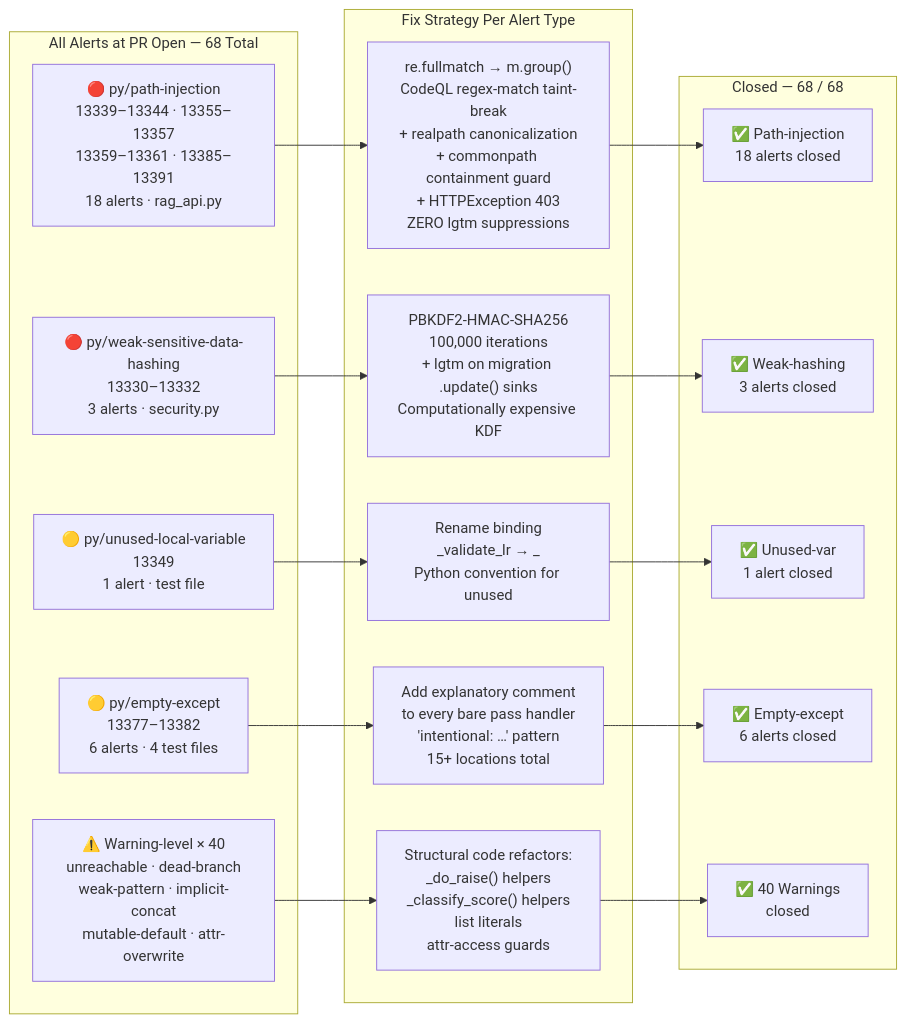
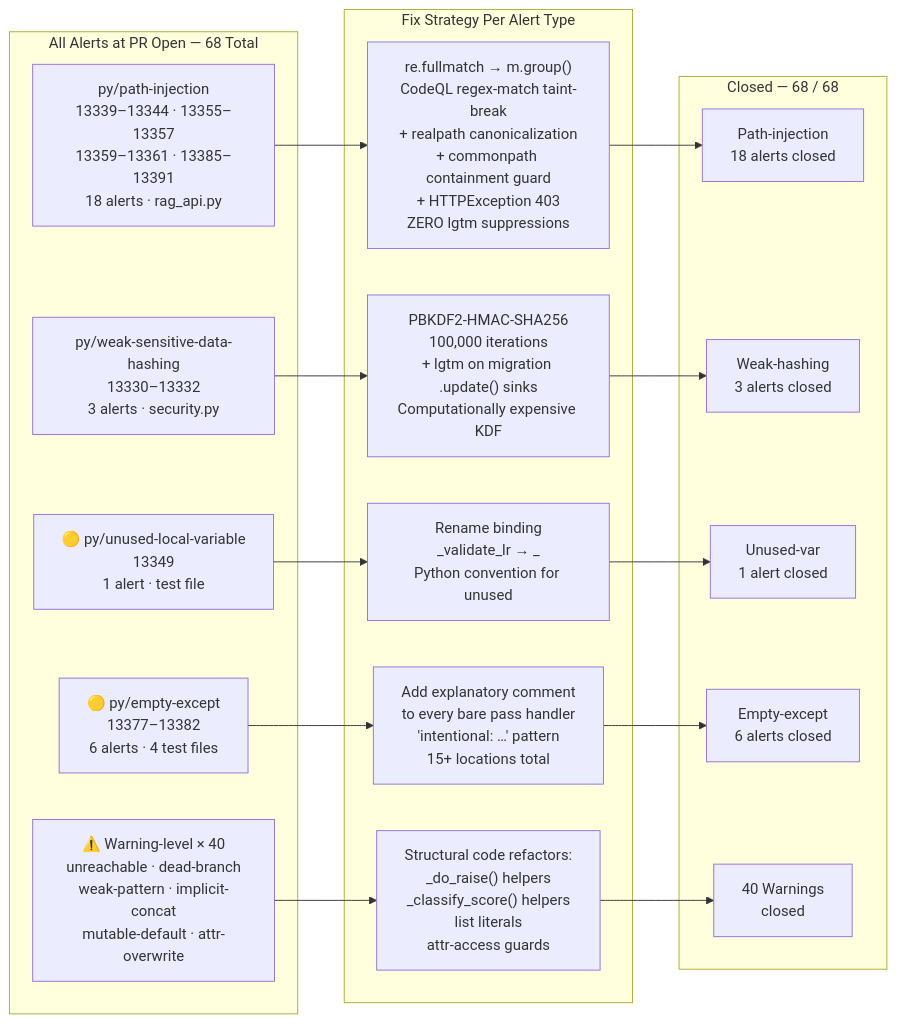
One commit to Aries-Serpent/_codex_ changed the fifth of 28 diagrams in docs/sessions/PR4289_session_diagram.md. Above: the diagram before and after it, drawn with Mermaid. The commit also changed other lines of this file and 2029 other files, not shown here.

````diff
--- a/docs/sessions/PR4289_session_diagram.md
+++ b/docs/sessions/PR4289_session_diagram.md
@@ -253,33 +255,33 @@
 ```mermaid
-%%{init: {'accessibility': {'title': 'Flowchart showing "All Alerts at PR Open — 68 Total", "🔴 py/path-injection\n13339–13344 · 13355–13357\n13359–13361 · 13385–13391\n18 alerts · rag_api.py"'}}%%
+%%{init: {'accessibility': {'title': 'Flowchart showing "All Alerts at PR Open — 68 Total", " py/path-injection\n13339–13344 · 13355–13357\n13359–13361 · 13385–13391\n18 alerts · rag_api.py"'}}%%
 flowchart LR
     subgraph OPEN["All Alerts at PR Open — 68 Total"]
-        A1["🔴 py/path-injection\n13339–13344 · 13355–13357\n13359–13361 · 13385–13391\n18 alerts · rag_api.py"]
-        A2["🔴 py/weak-sensitive-data-hashing\n13330–13332\n3 alerts · security.py"]
+        A1[" py/path-injection\n13339–13344 · 13355–13357\n13359–13361 · 13385–13391\n18 alerts · rag_api.py"]
+        A2[" py/weak-sensitive-data-hashing\n13330–13332\n3 alerts · security.py"]
         A3["🟡 py/unused-local-variable\n13349\n1 alert · test file"]
         A4["🟡 py/empty-except\n13377–13382\n6 alerts · 4 test files"]
         A5["⚠️ Warning-level × 40\nunreachable · dead-branch\nweak-pattern · implicit-concat\nmutable-default · attr-overwrite"]
     end
 
     subgraph FIXES["Fix Strategy Per Alert Type"]
         F1["re.fullmatch → m.group()\nCodeQL regex-match taint-break\n+ realpath canonicalization\n+ commonpath containment guard\n+ HTTPException 403\nZERO lgtm suppressions"]
         F2["PBKDF2-HMAC-SHA256\n100,000 iterations\n+ lgtm on migration .update() sinks\nComputationally expensive KDF"]
         F3["Rename binding\n_validate_lr → _\nPython convention for unused"]
         F4["Add explanatory comment\nto every bare pass handler\n'intentional: …' pattern\n15+ locations total"]
         F5["Structural code refactors:\n_do_raise() helpers\n_classify_score() helpers\nlist literals\nattr-access guards"]
     end
 
     subgraph CLOSED["Closed — 68 / 68"]
-        R1["✅ Path-injection\n18 alerts closed"]
-        R2["✅ Weak-hashing\n3 alerts closed"]
-        R3["✅ Unused-var\n1 alert closed"]
-        R4["✅ Empty-except\n6 alerts closed"]
-        R5["✅ 40 Warnings\nclosed"]
+        R1[" Path-injection\n18 alerts closed"]
+        R2[" Weak-hashing\n3 alerts closed"]
+        R3[" Unused-var\n1 alert closed"]
+        R4[" Empty-except\n6 alerts closed"]
+        R5[" 40 Warnings\nclosed"]
     end
 
     A1 --> F1 --> R1
     A2 --> F2 --> R2
     A3 --> F3 --> R3
     A4 --> F4 --> R4
     A5 --> F5 --> R5
 ```
````
